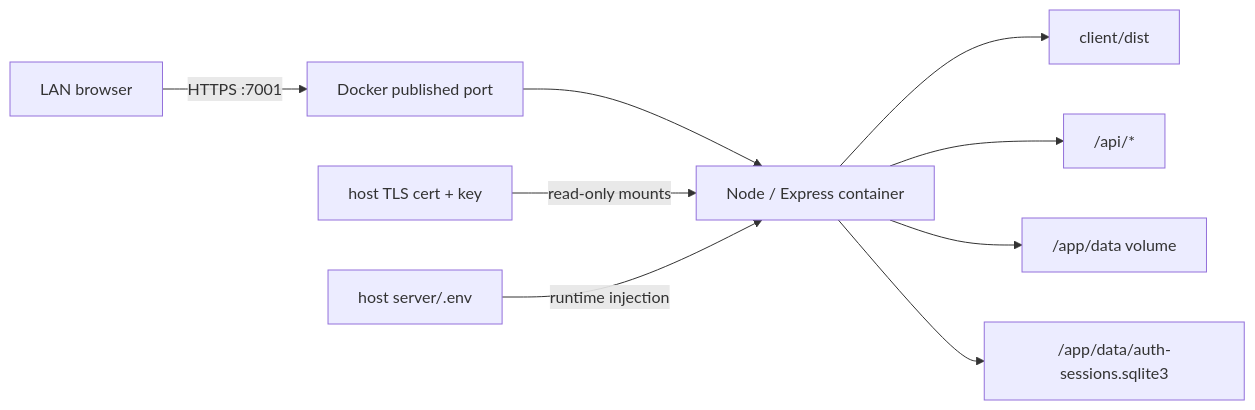
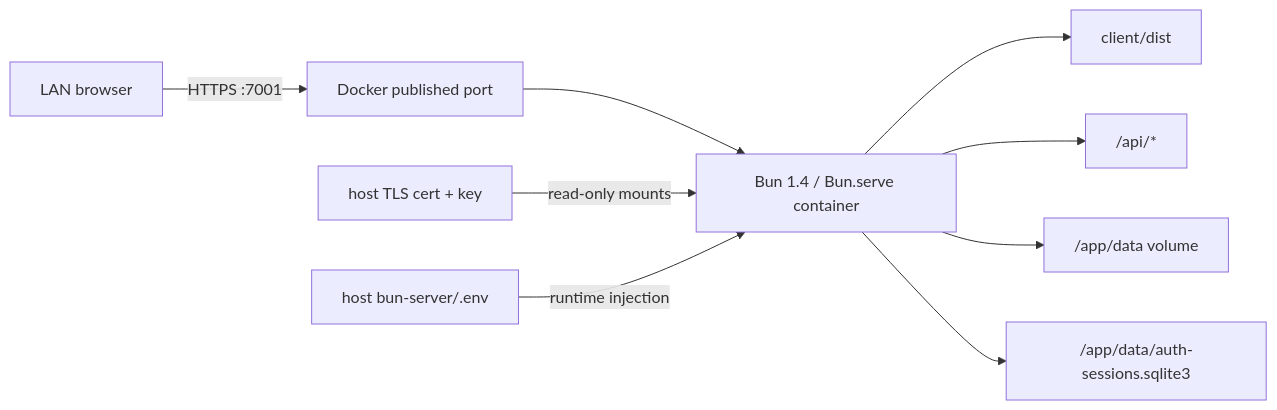
The third of 9 diagrams in docs/architecture.md (imingsmings/chatbot-dev), drawn with Mermaid before and after one commit. The commit also changed other lines of this file and 158 other files, not shown here.

Commit message:
refactor(runtime): complete Bun ecosystem migration

````diff
--- a/docs/architecture.md
+++ b/docs/architecture.md
@@ -175,11 +175,11 @@
 ```mermaid
 flowchart LR
   LAN["LAN browser"] -->|"HTTPS :7001"| Port["Docker published port"]
-  Port --> Node["Node / Express container"]
-  Node --> Dist["client/dist"]
-  Node --> API["/api/*"]
-  Node --> Data["/app/data volume"]
-  Node --> AuthDB["/app/data/auth-sessions.sqlite3"]
-  Cert["host TLS cert + key"] -->|"read-only mounts"| Node
-  Env["host server/.env"] -->|"runtime injection"| Node
+  Port --> Bun["Bun 1.4 / Bun.serve container"]
+  Bun --> Dist["client/dist"]
+  Bun --> API["/api/*"]
+  Bun --> Data["/app/data volume"]
+  Bun --> AuthDB["/app/data/auth-sessions.sqlite3"]
+  Cert["host TLS cert + key"] -->|"read-only mounts"| Bun
+  Env["host bun-server/.env"] -->|"runtime injection"| Bun
 ```
````
